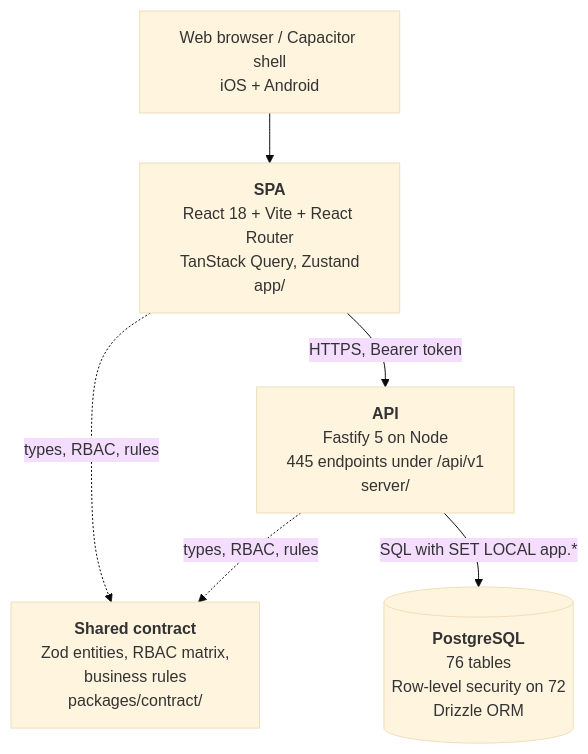
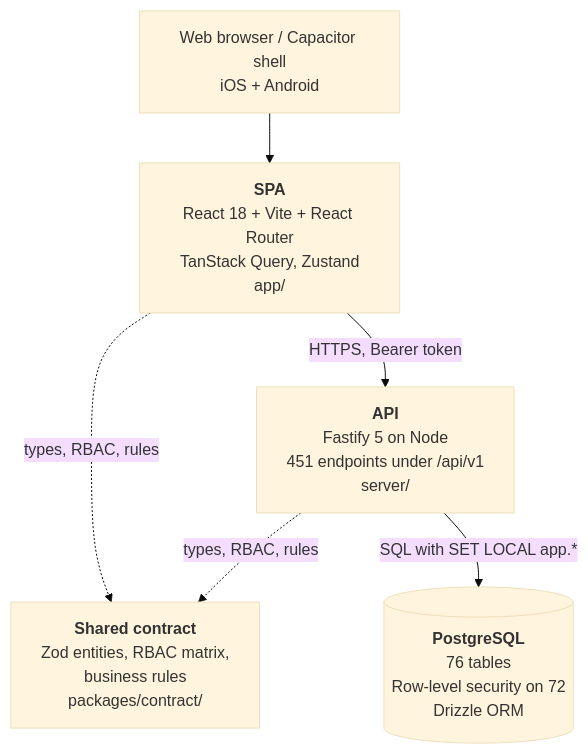
Before and after one commit to tazamohd/SlClNe: the second of 4 diagrams in docs/15_C4_ARCHITECTURE_DIAGRAMS/C4_MODEL.md, drawn with Mermaid (base theme). The commit also changed other lines of this file and 29 other files, not shown here.

````diff
--- a/docs/15_C4_ARCHITECTURE_DIAGRAMS/C4_MODEL.md
+++ b/docs/15_C4_ARCHITECTURE_DIAGRAMS/C4_MODEL.md
@@ -42,13 +42,13 @@
 ```mermaid
 flowchart TB
   browser["Web browser / Capacitor shell<br/>iOS + Android"]
   spa["<b>SPA</b><br/>React 18 + Vite + React Router<br/>TanStack Query, Zustand<br/>app/"]
-  api["<b>API</b><br/>Fastify 5 on Node<br/>445 endpoints under /api/v1<br/>server/"]
+  api["<b>API</b><br/>Fastify 5 on Node<br/>451 endpoints under /api/v1<br/>server/"]
   contract["<b>Shared contract</b><br/>Zod entities, RBAC matrix,<br/>business rules<br/>packages/contract/"]
   db[("<b>PostgreSQL</b><br/>76 tables<br/>Row-level security on 72<br/>Drizzle ORM")]
   browser --> spa
   spa -->|"HTTPS, Bearer token"| api
   spa -.->|"types, RBAC, rules"| contract
   api -.->|"types, RBAC, rules"| contract
   api -->|"SQL with SET LOCAL app.*"| db
 ```
````
